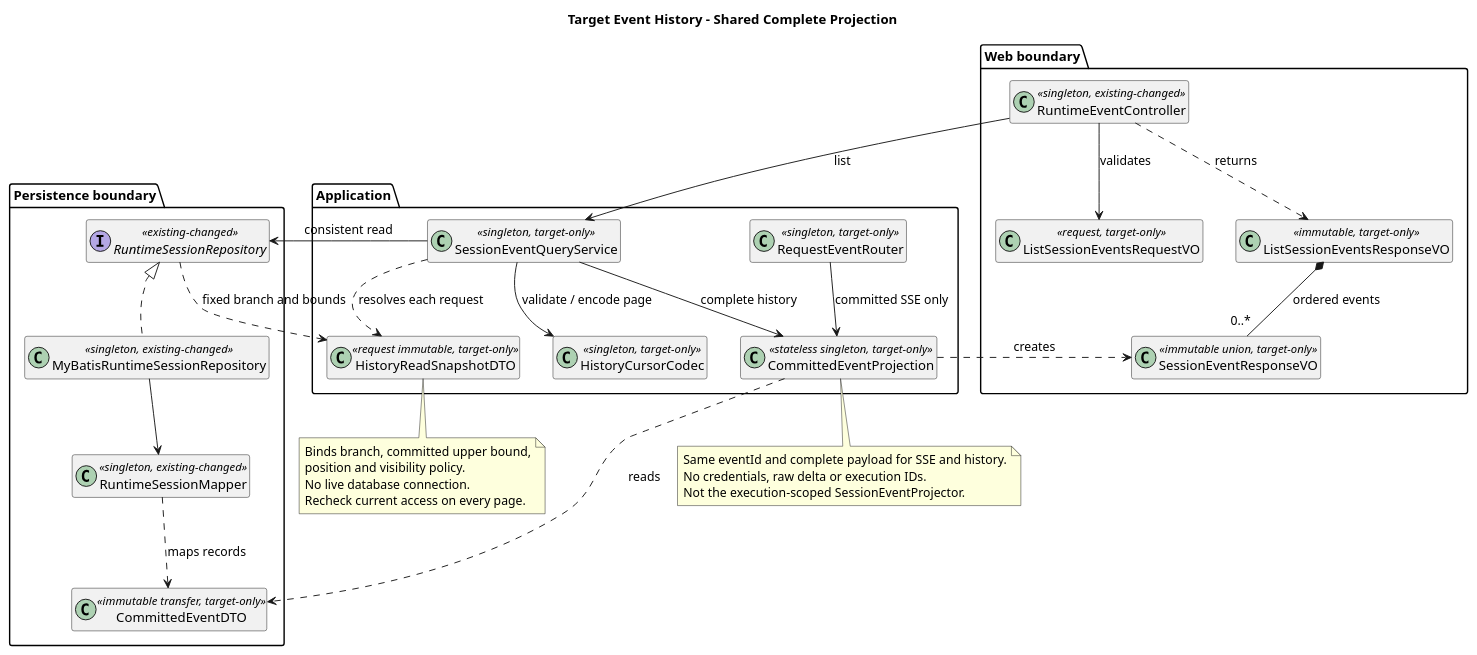
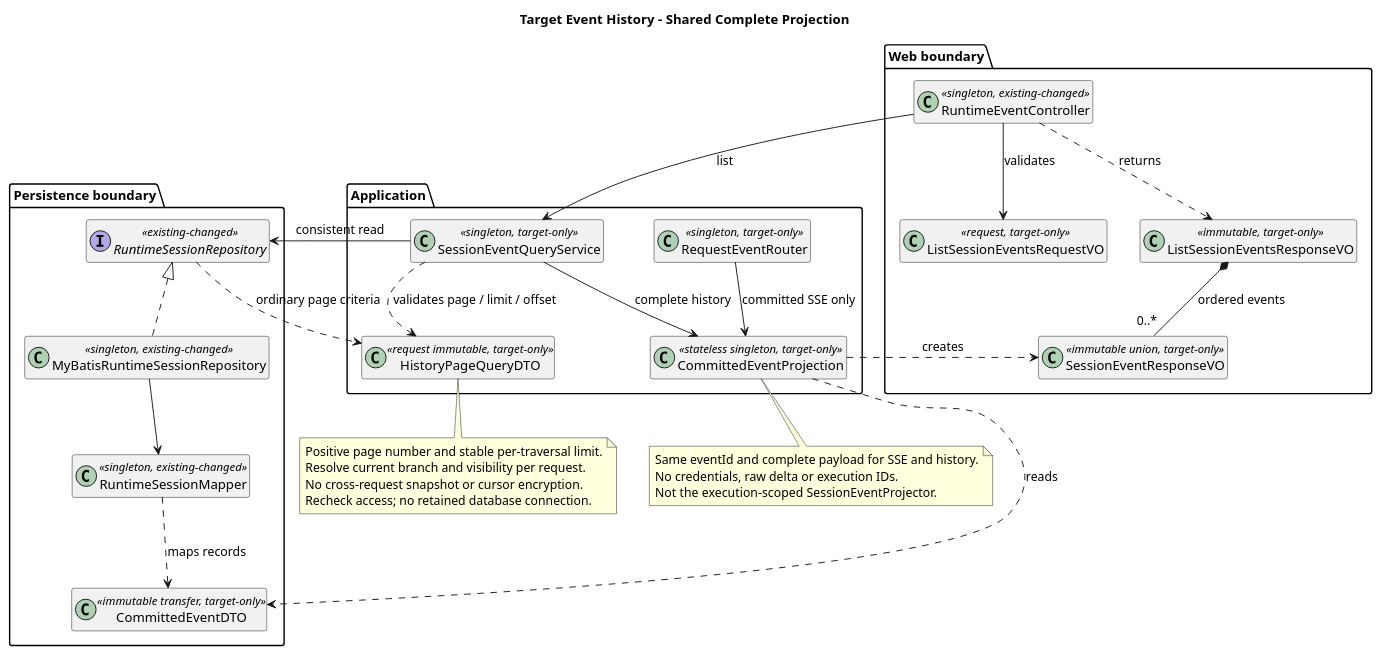
One commit to ssm0808/pi-mono-java-design changed the first of 2 diagrams in 01-总体架构/01-CampusClaw多Agent运行时/设计图/事件历史查询/diagram.puml. Above: the diagram before and after it, drawn with PlantUML. The commit also changed other lines of this file and 14 other files, not shown here.

```diff
--- a/01-总体架构/01-CampusClaw多Agent运行时/设计图/事件历史查询/diagram.puml
+++ b/01-总体架构/01-CampusClaw多Agent运行时/设计图/事件历史查询/diagram.puml
@@ -1,57 +1,55 @@
 @startuml target_event_history_classes
 title Target Event History - Shared Complete Projection
 ' Source baseline: pi-mono-java dfb90cac4e233e09a0b8f047f7e9f4682f5ad238
 ' Source: campusclaw/src/main/java/com/huawei/hicampus/claw/codingagent/runtimeapi/event/RuntimeEventQueryService.java, list/pageOf.
 ' Source: campusclaw/src/main/java/com/huawei/hicampus/claw/codingagent/runtimeapi/event/RuntimeEntryCodec.java, toHistoryEvent/toSseData.
 ' Source: campusclaw/src/main/java/com/huawei/hicampus/claw/codingagent/runtimeapi/event/RuntimeEventCursorCodec.java, encode/decode.
-' Observed behavior: current cursors have no fixed branch or upper watermark.
+' Observed behavior: current pages are sequence-based opaque cursors, not integers.
 ' Design reason: one complete projection prevents SSE/history identity drift.
 ' All new classes and relations are target-only; existing boundaries are changed.
 hide empty members
 skinparam classAttributeIconSize 0
 package "Web boundary" {
   class RuntimeEventController <<singleton, existing-changed>>
   class ListSessionEventsRequestVO <<request, target-only>>
   class ListSessionEventsResponseVO <<immutable, target-only>>
   class SessionEventResponseVO <<immutable union, target-only>>
 }
 package "Application" {
   class SessionEventQueryService <<singleton, target-only>>
-  class HistoryReadSnapshotDTO <<request immutable, target-only>>
-  class HistoryCursorCodec <<singleton, target-only>>
+  class HistoryPageQueryDTO <<request immutable, target-only>>
   class CommittedEventProjection <<stateless singleton, target-only>>
   class RequestEventRouter <<singleton, target-only>>
 }
 package "Persistence boundary" {
   interface RuntimeSessionRepository <<existing-changed>>
   class MyBatisRuntimeSessionRepository <<singleton, existing-changed>>
   class CommittedEventDTO <<immutable transfer, target-only>>
   class RuntimeSessionMapper <<singleton, existing-changed>>
 }
 RuntimeEventController --> ListSessionEventsRequestVO : validates
 RuntimeEventController --> SessionEventQueryService : list
 RuntimeEventController ..> ListSessionEventsResponseVO : returns
 ListSessionEventsResponseVO *-- "0..*" SessionEventResponseVO : ordered events
-SessionEventQueryService --> HistoryCursorCodec : validate / encode page
-SessionEventQueryService ..> HistoryReadSnapshotDTO : resolves each request
+SessionEventQueryService ..> HistoryPageQueryDTO : validates page / limit / offset
 SessionEventQueryService --> RuntimeSessionRepository : consistent read
 SessionEventQueryService --> CommittedEventProjection : complete history
 RequestEventRouter --> CommittedEventProjection : committed SSE only
 CommittedEventProjection ..> CommittedEventDTO : reads
 CommittedEventProjection ..> SessionEventResponseVO : creates
 RuntimeSessionRepository <|.. MyBatisRuntimeSessionRepository
 MyBatisRuntimeSessionRepository --> RuntimeSessionMapper
 RuntimeSessionMapper ..> CommittedEventDTO : maps records
-RuntimeSessionRepository ..> HistoryReadSnapshotDTO : fixed branch and bounds
-note bottom of HistoryReadSnapshotDTO
-  Binds branch, committed upper bound,
-  position and visibility policy.
-  No live database connection.
-  Recheck current access on every page.
+RuntimeSessionRepository ..> HistoryPageQueryDTO : ordinary page criteria
+note bottom of HistoryPageQueryDTO
+  Positive page number and stable per-traversal limit.
+  Resolve current branch and visibility per request.
+  No cross-request snapshot or cursor encryption.
+  Recheck access; no retained database connection.
 end note
 note bottom of CommittedEventProjection
   Same eventId and complete payload for SSE and history.
   No credentials, raw delta or execution IDs.
   Not the execution-scoped SessionEventProjector.
 end note
 @enduml
```
